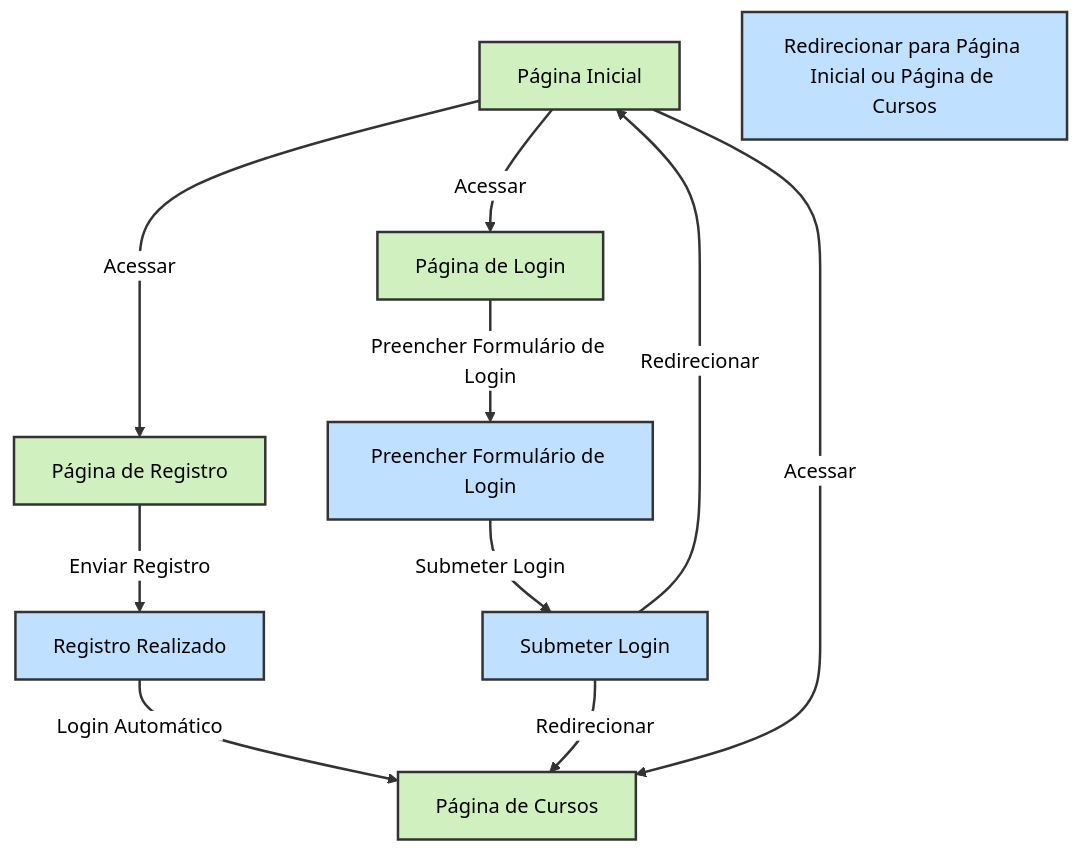
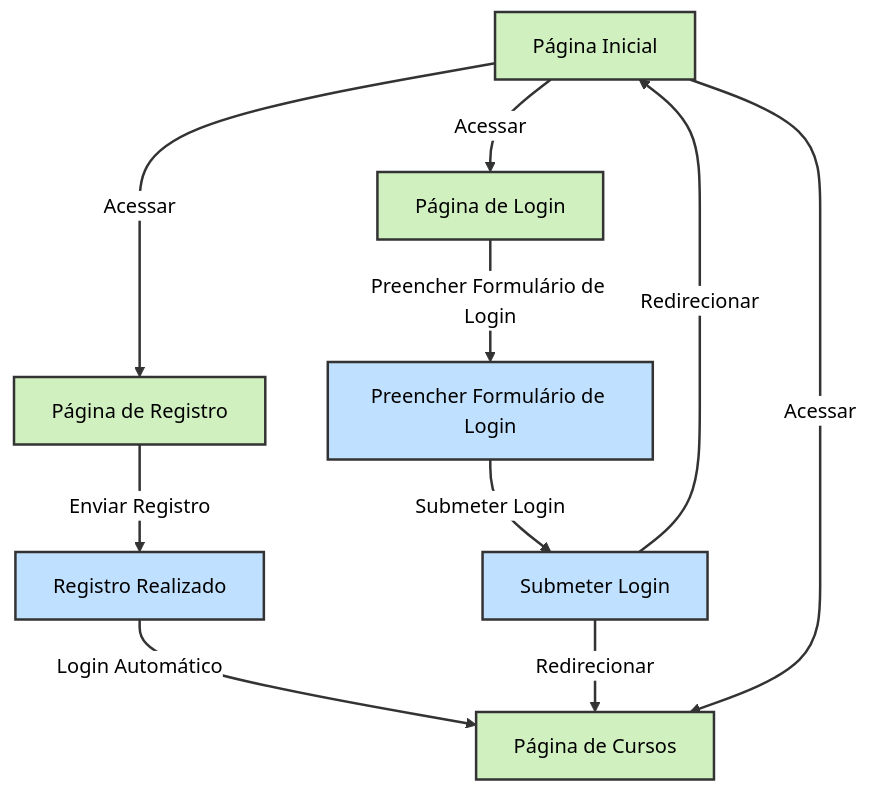
One commit to Paiva8859/PlataformaEAD changed the fifth of 7 diagrams in README.md. Above: the diagram before and after it, drawn with Mermaid (neutral theme).

````diff
--- a/README.md
+++ b/README.md
@@ -125,39 +125,38 @@
 ```mermaid
 flowchart TD
     %% Definindo as Páginas como Ações
     P1[Página Inicial]
     P2[Página de Registro]
     P3[Página de Login]
     P4[Página de Cursos]
 
     %% Definindo as Ações e Transições
     A4[Registro Realizado]
 
     A8[Preencher Formulário de Login]
     A9[Submeter Login]
-    A10[Redirecionar para Página Inicial ou Página de Cursos]
 
     %% Fluxo de Registro
     P1 -->|Acessar| P2
     P2 -->|Enviar Registro| A4
     A4 -->|Login Automático| P4
 
     %% Fluxo de Login
     P1 -->|Acessar| P3
     P3 -->|Preencher Formulário de Login| A8
     A8 -->|Submeter Login| A9
     A9 -->|Redirecionar| P1
     A9 -->|Redirecionar| P4
 
     %% Fluxo de Visualização de Cursos
     P1 -->|Acessar| P4
 
     %% Estilizando as Ações e Transições
     classDef page fill:#d0f0c0,stroke:#333,stroke-width:2px,color:#000;
     classDef action fill:#c0e0ff,stroke:#333,stroke-width:2px,color:#000;
     class P1,P2,P3,P4 page;
     class A1,A2,A3,A4,A5,A6,A7,A8,A9,A10,A11 action;
 
     %% Estilizando as Conexões
     linkStyle default stroke:#333,stroke-width:2px;
 ```
````
